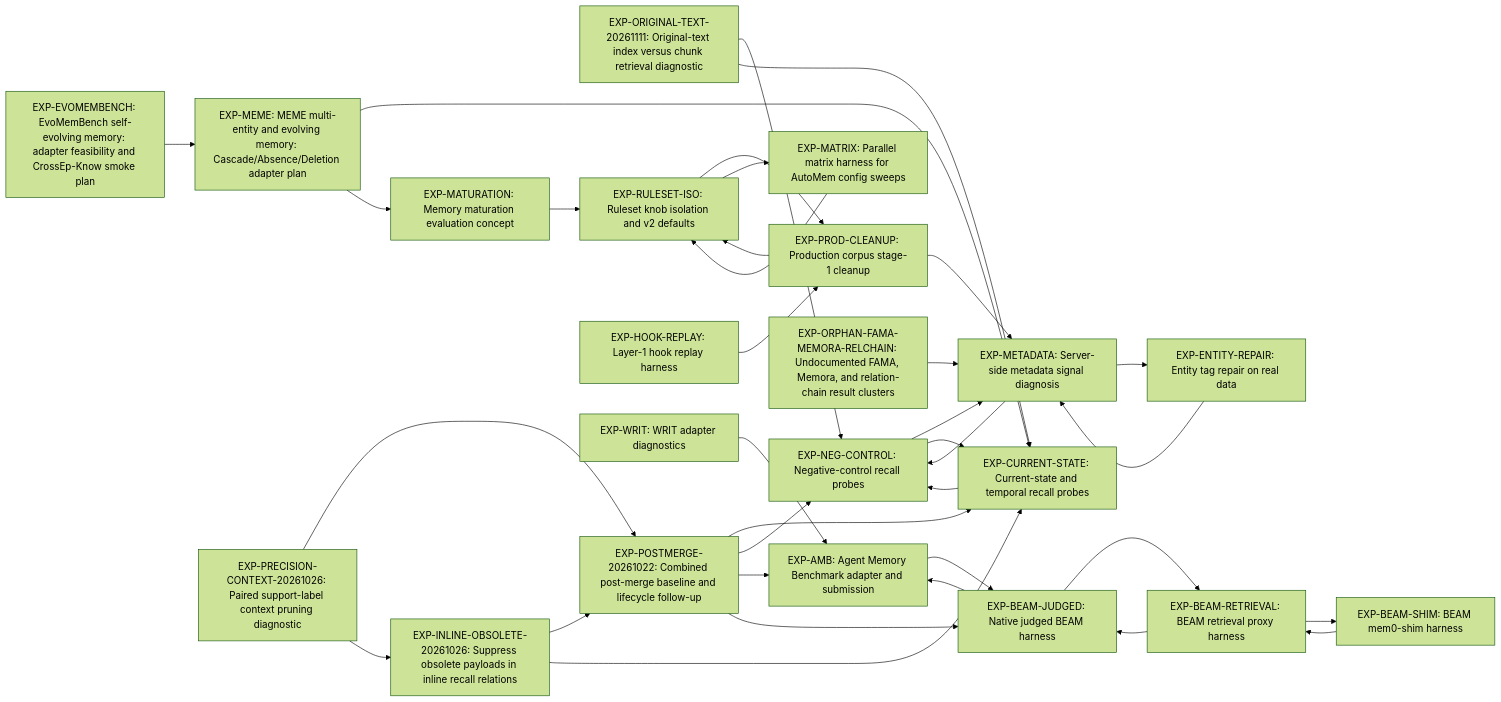
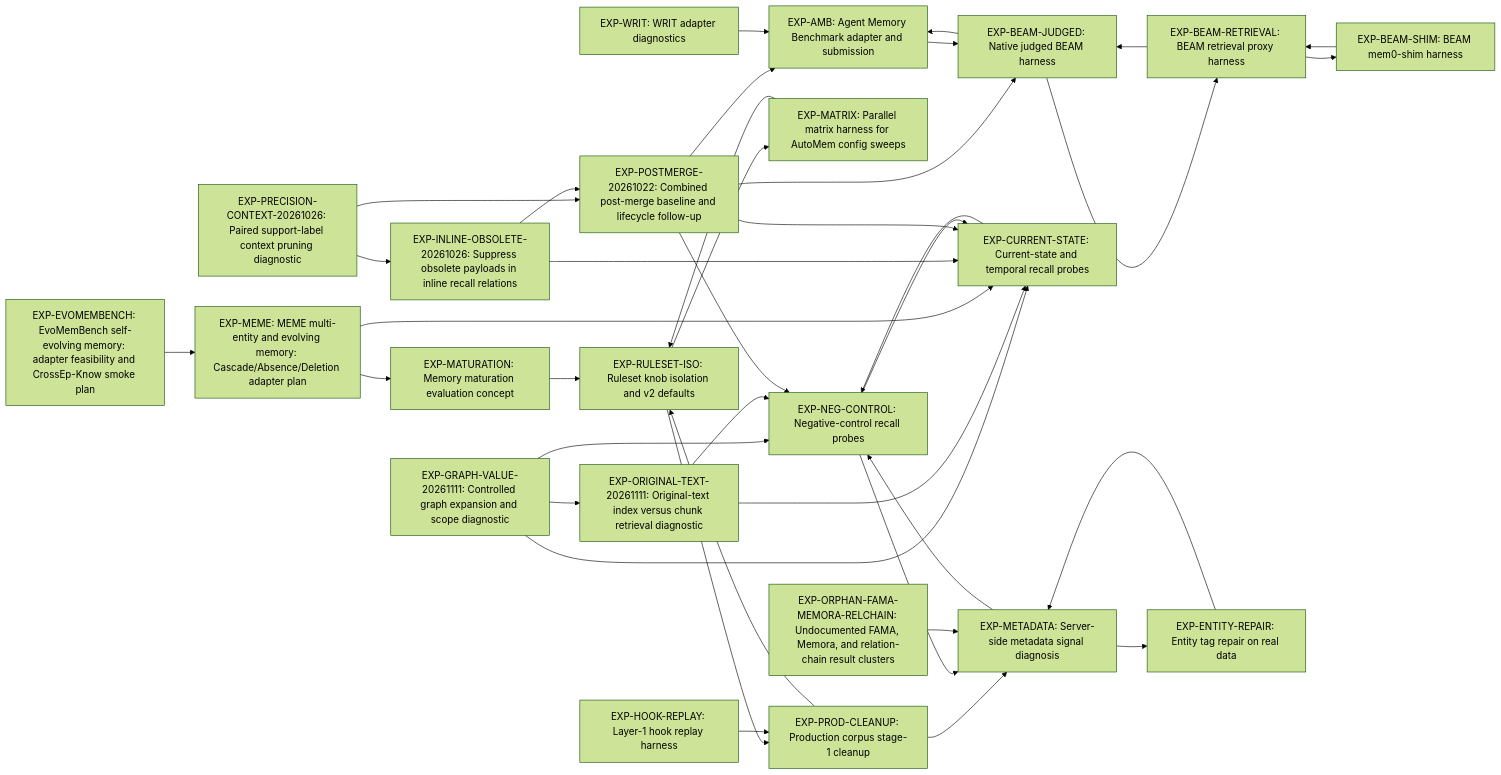
Before and after one commit to verygoodplugins/automem-evals: the diagram in docs/experiments/STATUS.md, drawn with Mermaid (forest theme). The commit also changed other lines of this file and 3 other files, not shown here.

Commit message:
docs(eval): register graph expansion diagnostic

````diff
--- a/docs/experiments/STATUS.md
+++ b/docs/experiments/STATUS.md
@@ -36,58 +37,62 @@
 ```mermaid
 flowchart LR
+  EXP_GRAPH_VALUE_20261111["EXP-GRAPH-VALUE-20261111: Controlled graph expansion and scope diagnostic"]
   EXP_ORIGINAL_TEXT_20261111["EXP-ORIGINAL-TEXT-20261111: Original-text index versus chunk retrieval diagnostic"]
   EXP_EVOMEMBENCH["EXP-EVOMEMBENCH: EvoMemBench self-evolving memory: adapter feasibility and CrossEp-Know smoke plan"]
   EXP_MEME["EXP-MEME: MEME multi-entity and evolving memory: Cascade/Absence/Deletion adapter plan"]
   EXP_PRECISION_CONTEXT_20261026["EXP-PRECISION-CONTEXT-20261026: Paired support-label context pruning diagnostic"]
   EXP_INLINE_OBSOLETE_20261026["EXP-INLINE-OBSOLETE-20261026: Suppress obsolete payloads in inline recall relations"]
   EXP_POSTMERGE_20261022["EXP-POSTMERGE-20261022: Combined post-merge baseline and lifecycle follow-up"]
   EXP_AMB["EXP-AMB: Agent Memory Benchmark adapter and submission"]
   EXP_MATRIX["EXP-MATRIX: Parallel matrix harness for AutoMem config sweeps"]
   EXP_BEAM_JUDGED["EXP-BEAM-JUDGED: Native judged BEAM harness"]
   EXP_BEAM_RETRIEVAL["EXP-BEAM-RETRIEVAL: BEAM retrieval proxy harness"]
   EXP_BEAM_SHIM["EXP-BEAM-SHIM: BEAM mem0-shim harness"]
   EXP_RULESET_ISO["EXP-RULESET-ISO: Ruleset knob isolation and v2 defaults"]
   EXP_PROD_CLEANUP["EXP-PROD-CLEANUP: Production corpus stage-1 cleanup"]
   EXP_HOOK_REPLAY["EXP-HOOK-REPLAY: Layer-1 hook replay harness"]
   EXP_CURRENT_STATE["EXP-CURRENT-STATE: Current-state and temporal recall probes"]
   EXP_ENTITY_REPAIR["EXP-ENTITY-REPAIR: Entity tag repair on real data"]
   EXP_METADATA["EXP-METADATA: Server-side metadata signal diagnosis"]
   EXP_NEG_CONTROL["EXP-NEG-CONTROL: Negative-control recall probes"]
   EXP_WRIT["EXP-WRIT: WRIT adapter diagnostics"]
   EXP_MATURATION["EXP-MATURATION: Memory maturation evaluation concept"]
   EXP_ORPHAN_FAMA_MEMORA_RELCHAIN["EXP-ORPHAN-FAMA-MEMORA-RELCHAIN: Undocumented FAMA, Memora, and relation-chain result clusters"]
+  EXP_GRAPH_VALUE_20261111 --> EXP_ORIGINAL_TEXT_20261111
+  EXP_GRAPH_VALUE_20261111 --> EXP_NEG_CONTROL
+  EXP_GRAPH_VALUE_20261111 --> EXP_CURRENT_STATE
   EXP_ORIGINAL_TEXT_20261111 --> EXP_NEG_CONTROL
   EXP_ORIGINAL_TEXT_20261111 --> EXP_CURRENT_STATE
   EXP_EVOMEMBENCH --> EXP_MEME
   EXP_MEME --> EXP_CURRENT_STATE
   EXP_MEME --> EXP_MATURATION
   EXP_PRECISION_CONTEXT_20261026 --> EXP_POSTMERGE_20261022
   EXP_PRECISION_CONTEXT_20261026 --> EXP_INLINE_OBSOLETE_20261026
   EXP_INLINE_OBSOLETE_20261026 --> EXP_POSTMERGE_20261022
   EXP_INLINE_OBSOLETE_20261026 --> EXP_CURRENT_STATE
   EXP_POSTMERGE_20261022 --> EXP_CURRENT_STATE
   EXP_POSTMERGE_20261022 --> EXP_NEG_CONTROL
   EXP_POSTMERGE_20261022 --> EXP_AMB
   EXP_POSTMERGE_20261022 --> EXP_BEAM_JUDGED
   EXP_AMB --> EXP_BEAM_JUDGED
   EXP_MATRIX --> EXP_RULESET_ISO
   EXP_BEAM_JUDGED --> EXP_BEAM_RETRIEVAL
   EXP_BEAM_JUDGED --> EXP_AMB
   EXP_BEAM_RETRIEVAL --> EXP_BEAM_SHIM
   EXP_BEAM_RETRIEVAL --> EXP_BEAM_JUDGED
   EXP_BEAM_SHIM --> EXP_BEAM_RETRIEVAL
   EXP_RULESET_ISO --> EXP_PROD_CLEANUP
   EXP_RULESET_ISO --> EXP_MATRIX
   EXP_PROD_CLEANUP --> EXP_RULESET_ISO
   EXP_PROD_CLEANUP --> EXP_METADATA
   EXP_HOOK_REPLAY --> EXP_PROD_CLEANUP
   EXP_CURRENT_STATE --> EXP_NEG_CONTROL
   EXP_ENTITY_REPAIR --> EXP_METADATA
   EXP_METADATA --> EXP_ENTITY_REPAIR
   EXP_METADATA --> EXP_NEG_CONTROL
   EXP_NEG_CONTROL --> EXP_METADATA
   EXP_NEG_CONTROL --> EXP_CURRENT_STATE
   EXP_WRIT --> EXP_AMB
   EXP_MATURATION --> EXP_RULESET_ISO
   EXP_ORPHAN_FAMA_MEMORA_RELCHAIN --> EXP_METADATA
 ```
````
